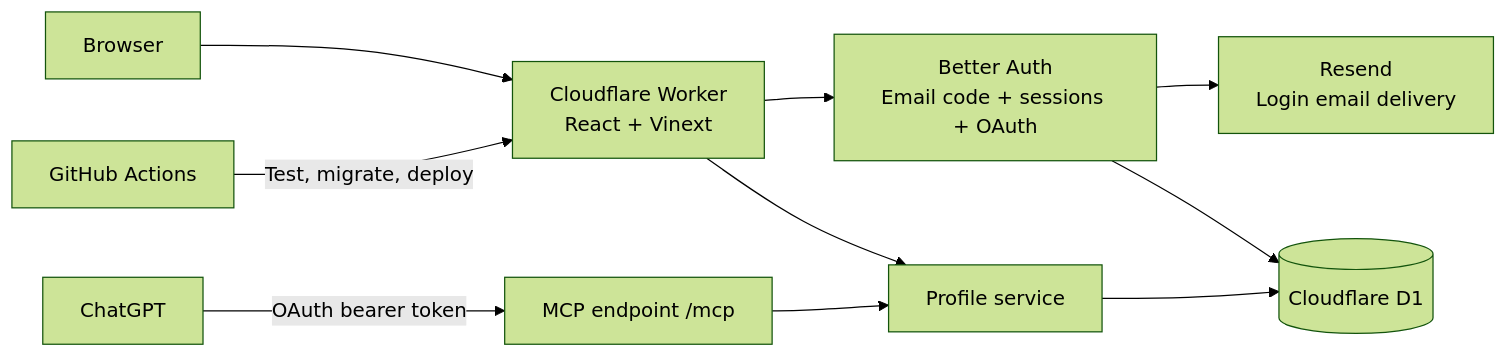
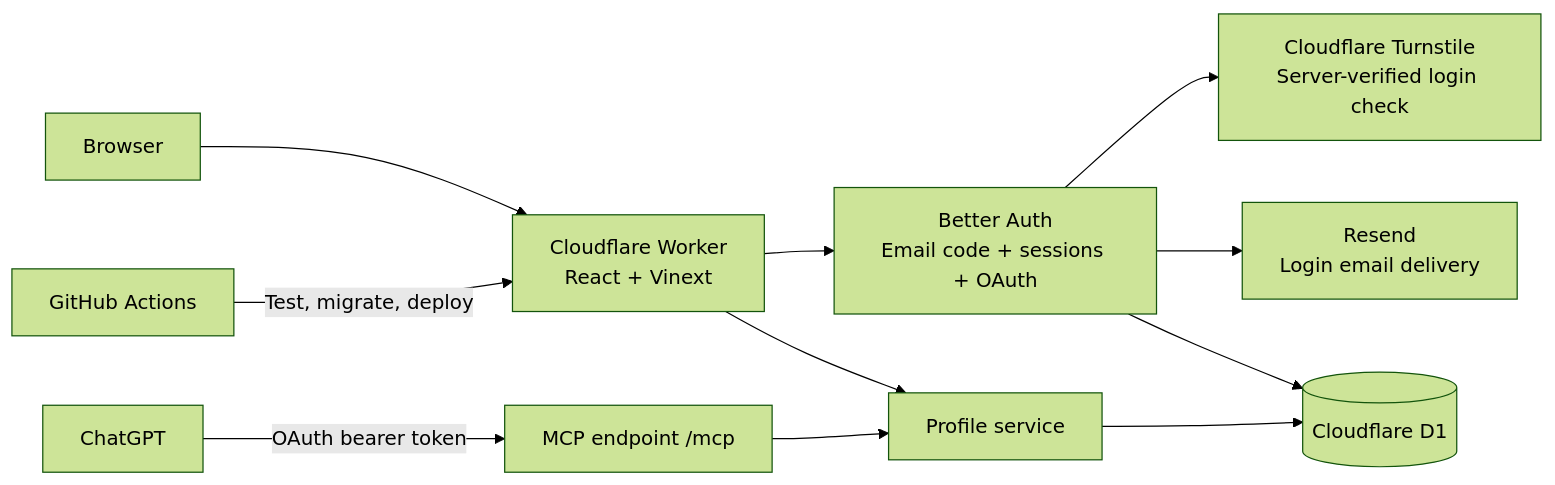
Before and after one commit to wyaapp/app: the diagram in docs/architecture.md, drawn with Mermaid (forest theme). The commit also changed other lines of this file and 40 other files, not shown here.

````diff
--- a/docs/architecture.md
+++ b/docs/architecture.md
@@ -5,12 +5,13 @@
 ```mermaid
 flowchart LR
   Browser[Browser] --> Worker[Cloudflare Worker\nReact + Vinext]
   Worker --> Auth[Better Auth\nEmail code + sessions + OAuth]
+  Auth --> Turnstile[Cloudflare Turnstile\nServer-verified login check]
   Auth --> Resend[Resend\nLogin email delivery]
   Auth --> D1[(Cloudflare D1)]
   ChatGPT[ChatGPT] -->|OAuth bearer token| MCP[MCP endpoint /mcp]
   MCP --> Service[Profile service]
   Worker --> Service
   Service --> D1
   GitHub[GitHub Actions] -->|Test, migrate, deploy| Worker
 ```
````
